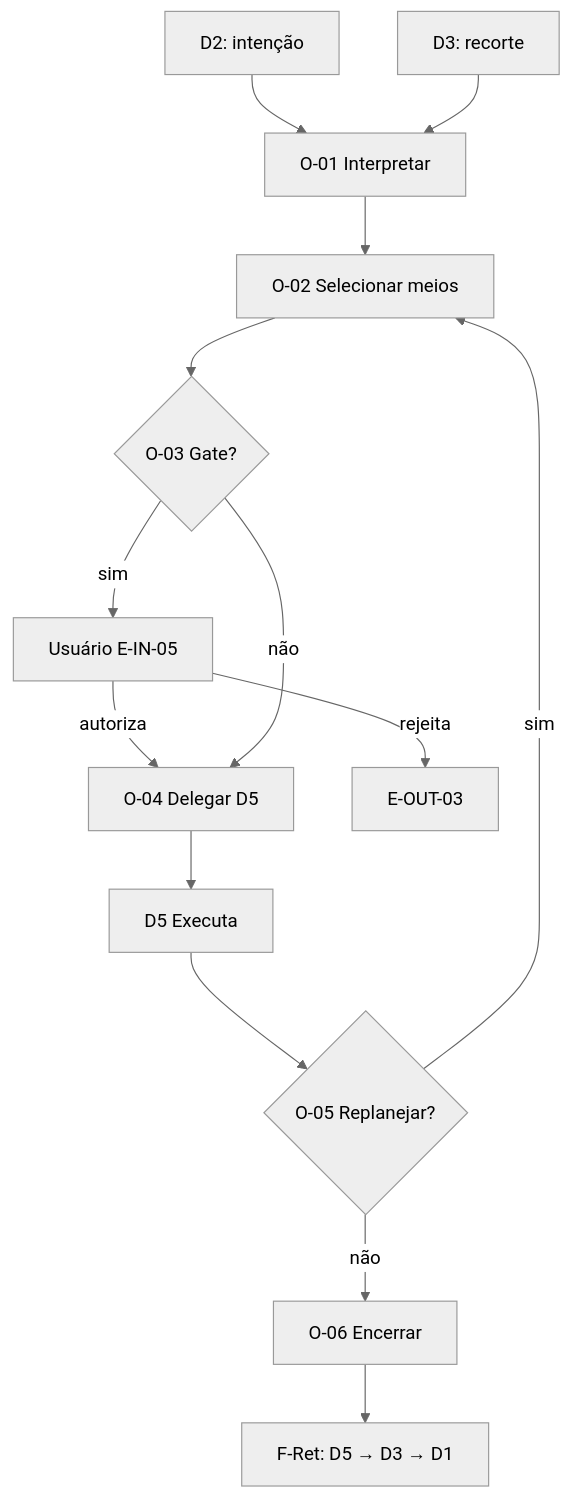
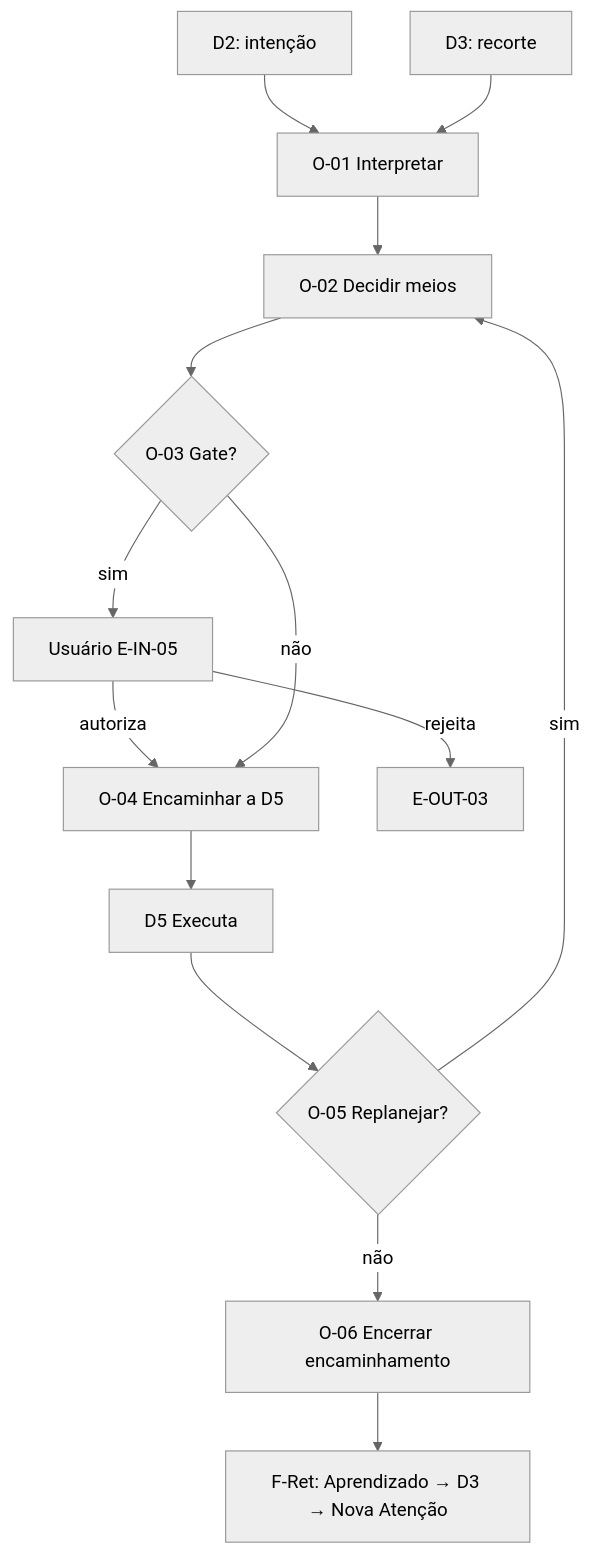
One commit to ander44440/sistema-ceo changed the fourth of 5 diagrams in docs/product/F2-02-modelo-de-interacoes-experiencia.md. Above: the diagram before and after it, drawn with Mermaid (neutral theme). The commit also changed other lines of this file and 214 other files, not shown here.

````diff
--- a/docs/product/F2-02-modelo-de-interacoes-experiencia.md
+++ b/docs/product/F2-02-modelo-de-interacoes-experiencia.md
@@ -186,16 +280,16 @@
 ```mermaid
 flowchart TD
   A[D2: intenção] --> O01[O-01 Interpretar]
   D3[D3: recorte] --> O01
-  O01 --> O02[O-02 Selecionar meios]
+  O01 --> O02[O-02 Decidir meios]
   O02 --> O03{O-03 Gate?}
   O03 -->|sim| G[Usuário E-IN-05]
-  G -->|autoriza| O04[O-04 Delegar D5]
+  G -->|autoriza| O04[O-04 Encaminhar a D5]
   G -->|rejeita| X[E-OUT-03]
   O03 -->|não| O04
   O04 --> D5[D5 Executa]
   D5 --> O05{O-05 Replanejar?}
   O05 -->|sim| O02
-  O05 -->|não| O06[O-06 Encerrar]
-  O06 --> R[F-Ret: D5 → D3 → D1]
+  O05 -->|não| O06[O-06 Encerrar encaminhamento]
+  O06 --> R[F-Ret: Aprendizado → D3 → Nova Atenção]
 ```
````
